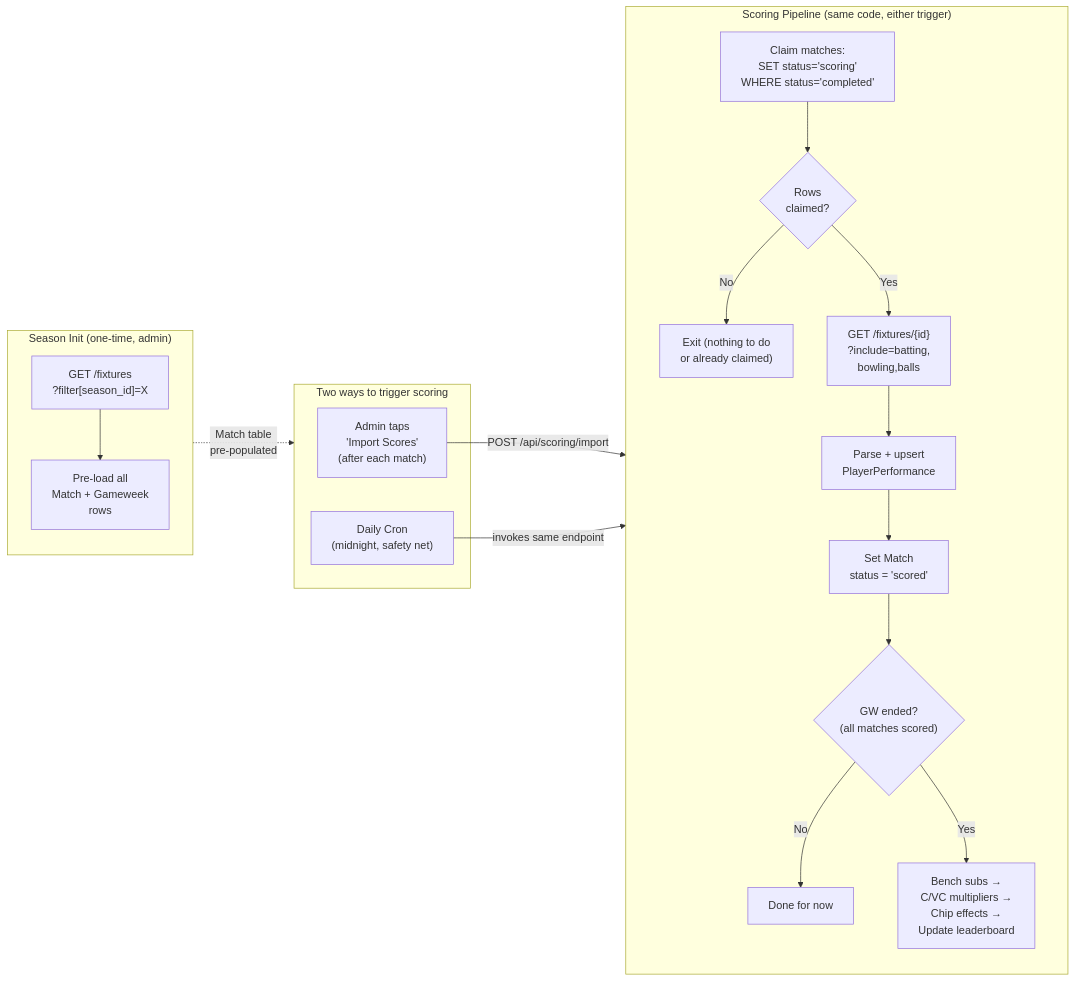
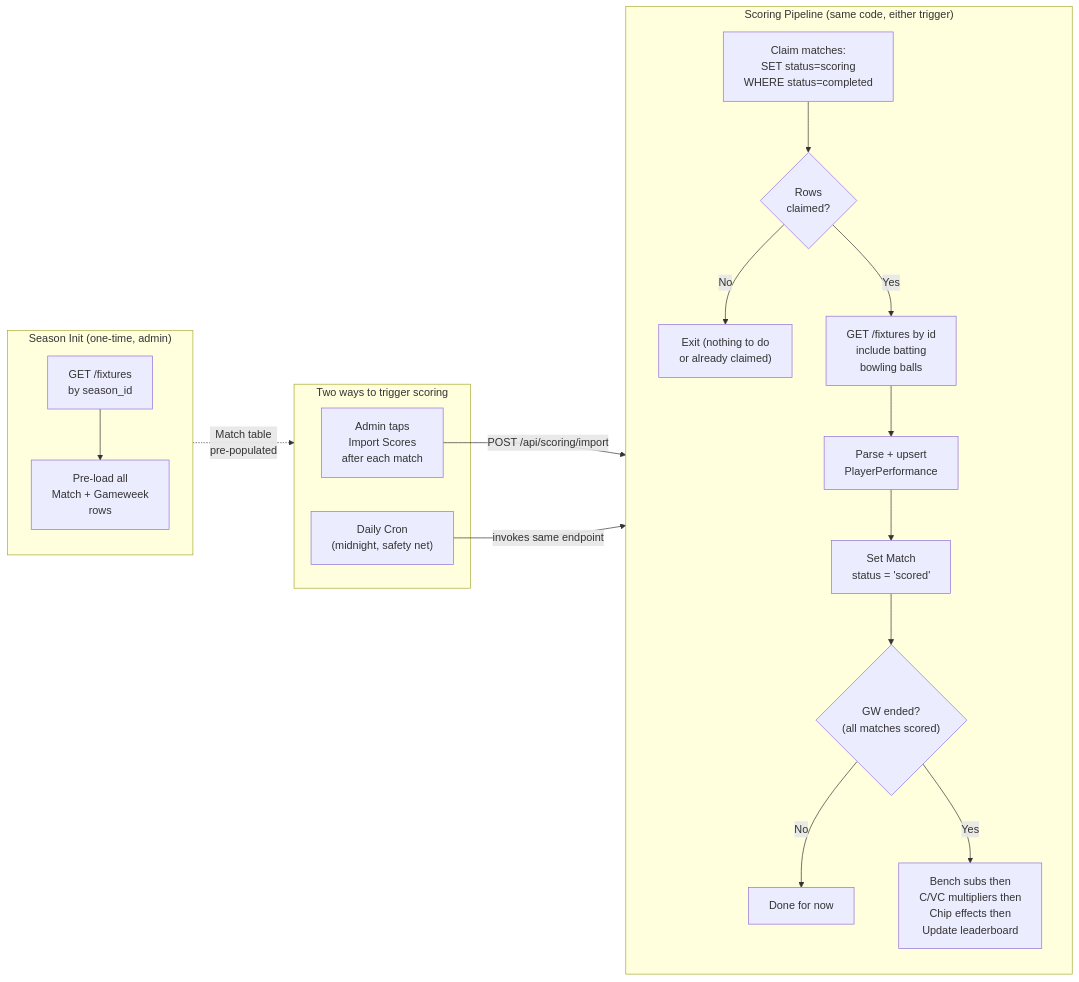
Before and after one commit to Fantasy-Auction-League/fal: the second of 2 diagrams in docs/superpowers/specs/2026-03-15-fal-technical-architecture.md, drawn with Mermaid. The commit also changed other lines of this file, not shown here.

Commit message:
Fix Mermaid syntax for GitHub rendering
Remove single quotes, arrow symbols, square brackets, and special
characters from Mermaid node labels that cause GitHub renderer to
fail with 'error rendering embedded code'.

````diff
--- a/docs/superpowers/specs/2026-03-15-fal-technical-architecture.md
+++ b/docs/superpowers/specs/2026-03-15-fal-technical-architecture.md
@@ -66,26 +66,26 @@
 ```mermaid
 flowchart LR
     subgraph Init["Season Init (one-time, admin)"]
-        S1["GET /fixtures<br/>?filter[season_id]=X"] --> S2["Pre-load all<br/>Match + Gameweek<br/>rows"]
+        S1["GET /fixtures<br/>by season_id"] --> S2["Pre-load all<br/>Match + Gameweek<br/>rows"]
     end
 
     subgraph Trigger["Two ways to trigger scoring"]
-        T1["Admin taps<br/>'Import Scores'<br/>(after each match)"]
+        T1["Admin taps<br/>Import Scores<br/>after each match"]
         T2["Daily Cron<br/>(midnight, safety net)"]
     end
 
     subgraph Pipeline["Scoring Pipeline (same code, either trigger)"]
-        A["Claim matches:<br/>SET status='scoring'<br/>WHERE status='completed'"] --> A1{"Rows<br/>claimed?"}
+        A["Claim matches:<br/>SET status=scoring<br/>WHERE status=completed"] --> A1{"Rows<br/>claimed?"}
         A1 -->|No| Z["Exit (nothing to do<br/>or already claimed)"]
-        A1 -->|Yes| B["GET /fixtures/{id}<br/>?include=batting,<br/>bowling,balls"]
+        A1 -->|Yes| B["GET /fixtures by id<br/>include batting<br/>bowling balls"]
         B --> C["Parse + upsert<br/>PlayerPerformance"]
         C --> D["Set Match<br/>status = 'scored'"]
         D --> E{"GW ended?<br/>(all matches scored)"}
         E -->|No| Z2["Done for now"]
-        E -->|Yes| F["Bench subs →<br/>C/VC multipliers →<br/>Chip effects →<br/>Update leaderboard"]
+        E -->|Yes| F["Bench subs then<br/>C/VC multipliers then<br/>Chip effects then<br/>Update leaderboard"]
     end
 
     Init -.->|"Match table<br/>pre-populated"| Trigger
     T1 -->|"POST /api/scoring/import"| Pipeline
     T2 -->|"invokes same endpoint"| Pipeline
 ```
````
